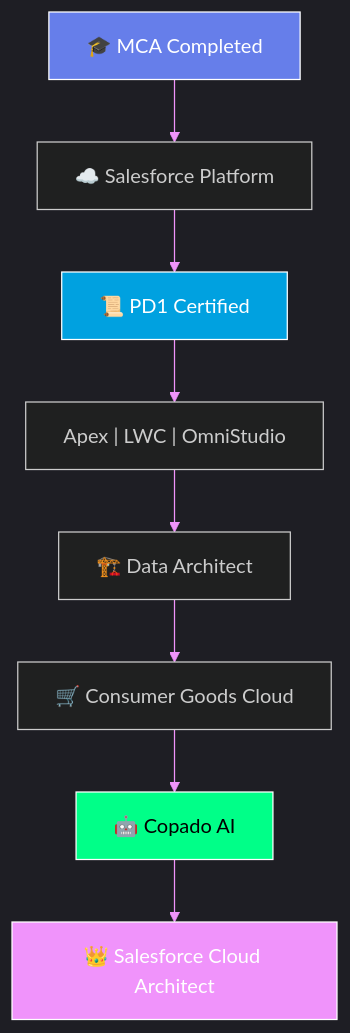
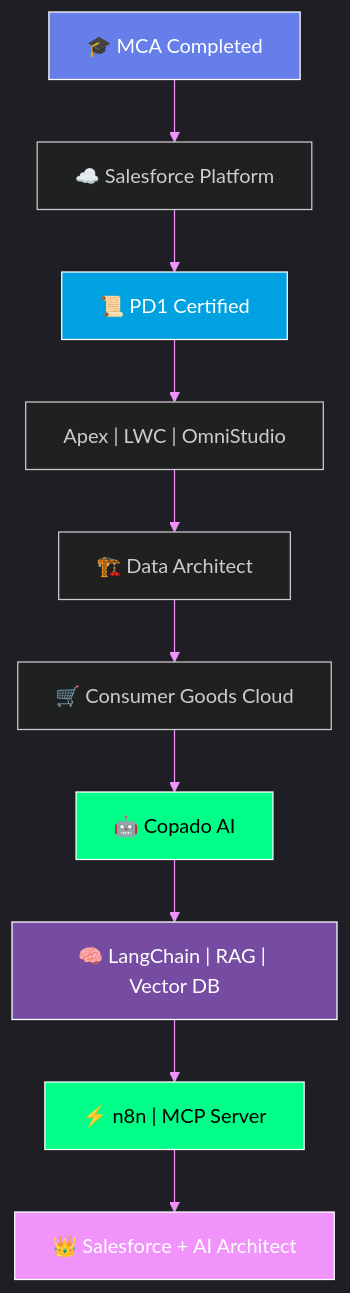
One commit to aliashfak178/aliashfak178 changed the diagram in README.md. Above: the diagram before and after it, drawn with Mermaid. The commit also changed other lines of this file, not shown here.

````diff
--- a/README.md
+++ b/README.md
@@ -249,16 +272,20 @@
 ```mermaid
 %%{init: {'theme':'dark', 'themeVariables': { 'primaryColor':'#667eea','primaryTextColor':'#fff','primaryBorderColor':'#764ba2','lineColor':'#f093fb','secondaryColor':'#161b22','tertiaryColor':'#0d1117'}}}%%
 graph TB
     A["🎓 MCA Completed"] --> B["☁️ Salesforce Platform"]
     B --> C["📜 PD1 Certified"]
     C --> D["Apex | LWC | OmniStudio"]
     D --> E["🏗️ Data Architect"]
     E --> F["🛒 Consumer Goods Cloud"]
     F --> G["🤖 Copado AI"]
-    G --> H["👑 Salesforce Cloud Architect"]
+    G --> I["🧠 LangChain | RAG | Vector DB"]
+    I --> J["⚡ n8n | MCP Server"]
+    J --> H["👑 Salesforce + AI Architect"]
 
     style A fill:#667eea,stroke:#fff,color:#fff
     style C fill:#00A1E0,stroke:#fff,color:#fff
+    style I fill:#764ba2,stroke:#fff,color:#fff
+    style J fill:#00ff88,stroke:#fff,color:#000
     style H fill:#f093fb,stroke:#fff,color:#fff
     style G fill:#00ff88,stroke:#fff,color:#000
 ```
````
